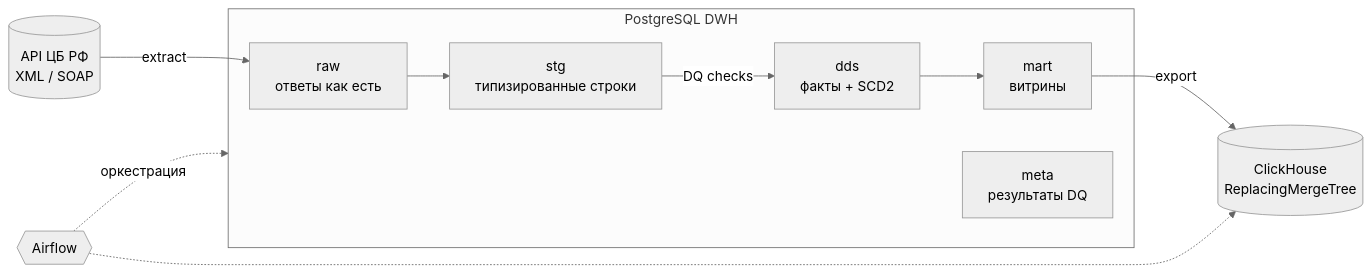
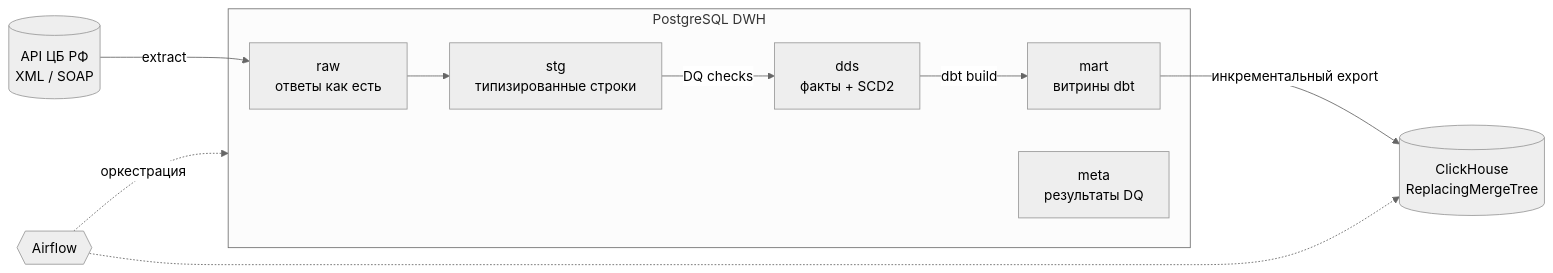
The diagram in README.md (maxnikoaeww/dwh-airflow-pet), drawn with Mermaid (neutral theme) before and after one commit. The commit also changed other lines of this file and 27 other files, not shown here.

````diff
--- a/README.md
+++ b/README.md
@@ -7,13 +9,13 @@
 ```mermaid
 flowchart LR
     CBR[(API ЦБ РФ<br/>XML / SOAP)] -->|extract| RAW
     subgraph PG [PostgreSQL DWH]
         RAW[raw<br/>ответы как есть] --> STG[stg<br/>типизированные строки]
         STG -->|DQ checks| DDS[dds<br/>факты + SCD2]
-        DDS --> MART[mart<br/>витрины]
+        DDS -->|dbt build| MART[mart<br/>витрины dbt]
         META[meta<br/>результаты DQ]
     end
-    MART -->|export| CH[(ClickHouse<br/>ReplacingMergeTree)]
+    MART -->|инкрементальный export| CH[(ClickHouse<br/>ReplacingMergeTree)]
     AF{{Airflow}} -.оркестрация.-> PG
     AF -.-> CH
 ```
````
